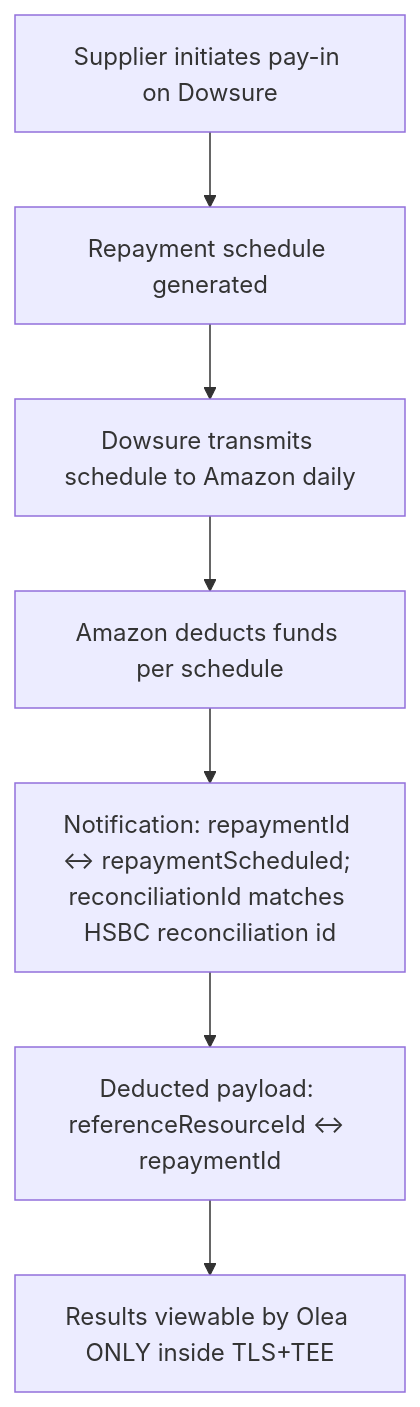
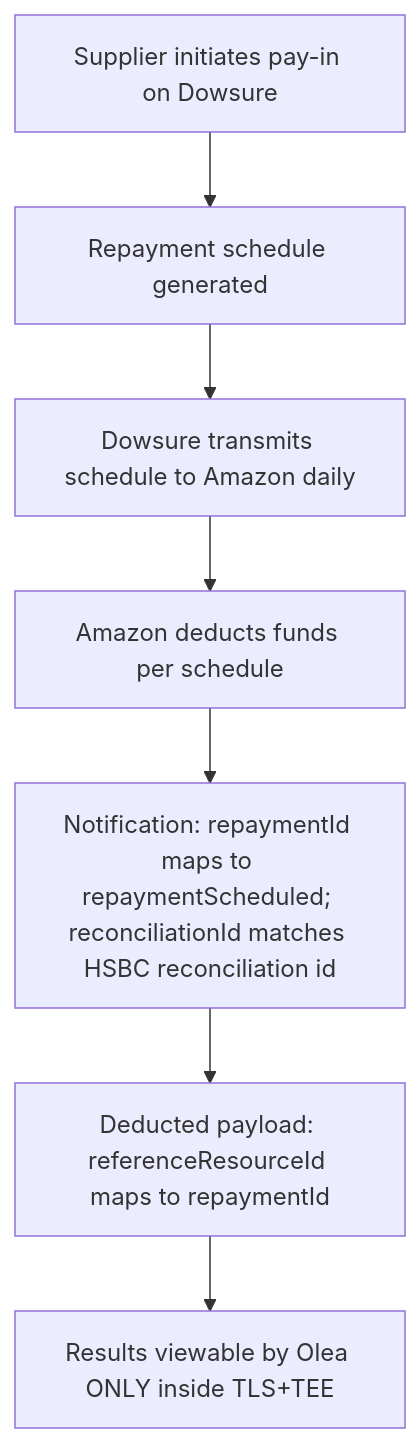
The third of 5 diagrams in docs/FLOWS.md (scvolea/olea-dowsure-oracle), drawn with Mermaid before and after one commit. The commit also changed other lines of this file and 4 other files, not shown here.

````diff
--- a/docs/FLOWS.md
+++ b/docs/FLOWS.md
@@ -167,9 +167,9 @@
 ```mermaid
 flowchart TD
-    R1[Supplier initiates pay-in on Dowsure] --> R2[Repayment schedule generated]
-    R2 --> R3[Dowsure transmits schedule to Amazon daily]
-    R3 --> R4[Amazon deducts funds per schedule]
-    R4 --> R5[Notification: repaymentId <-> repaymentScheduled; reconciliationId matches HSBC reconciliation id]
-    R5 --> R6[Deducted payload: referenceResourceId <-> repaymentId]
-    R6 --> R7[Results viewable by Olea ONLY inside TLS+TEE]
+    R1["Supplier initiates pay-in on Dowsure"] --> R2["Repayment schedule generated"]
+    R2 --> R3["Dowsure transmits schedule to Amazon daily"]
+    R3 --> R4["Amazon deducts funds per schedule"]
+    R4 --> R5["Notification: repaymentId maps to repaymentScheduled; reconciliationId matches HSBC reconciliation id"]
+    R5 --> R6["Deducted payload: referenceResourceId maps to repaymentId"]
+    R6 --> R7["Results viewable by Olea ONLY inside TLS+TEE"]
 ```
````
